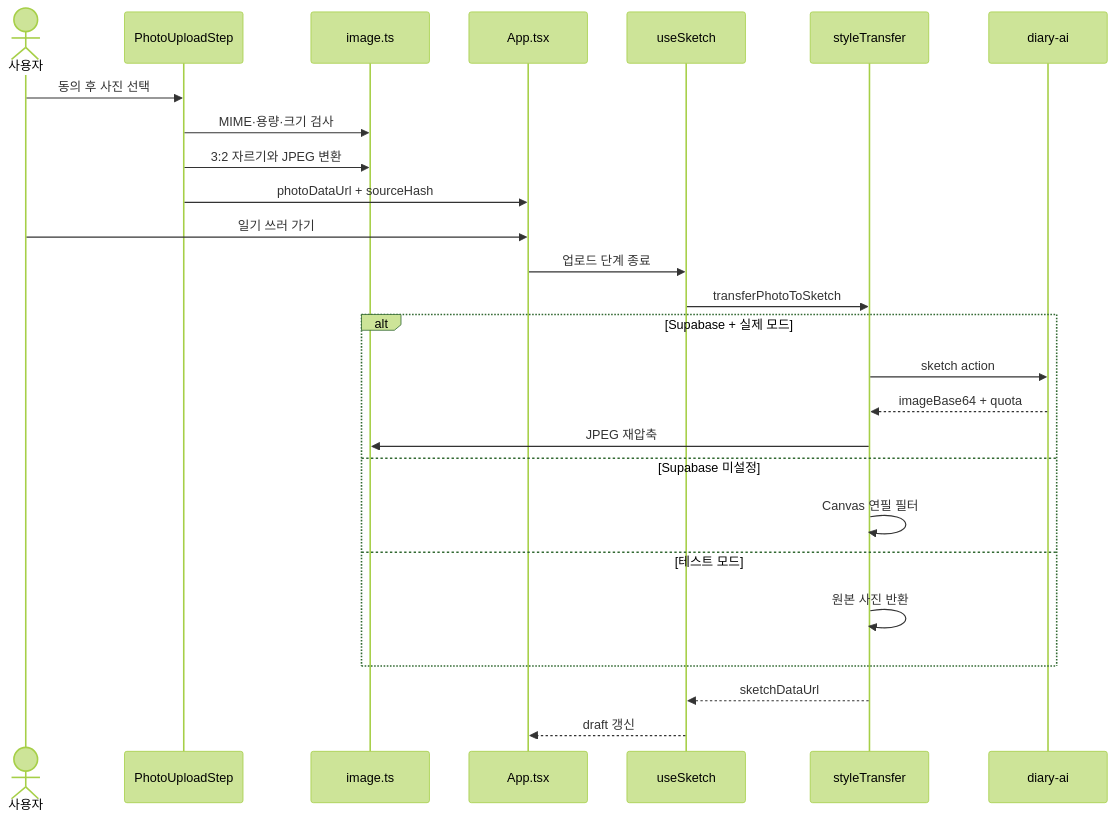
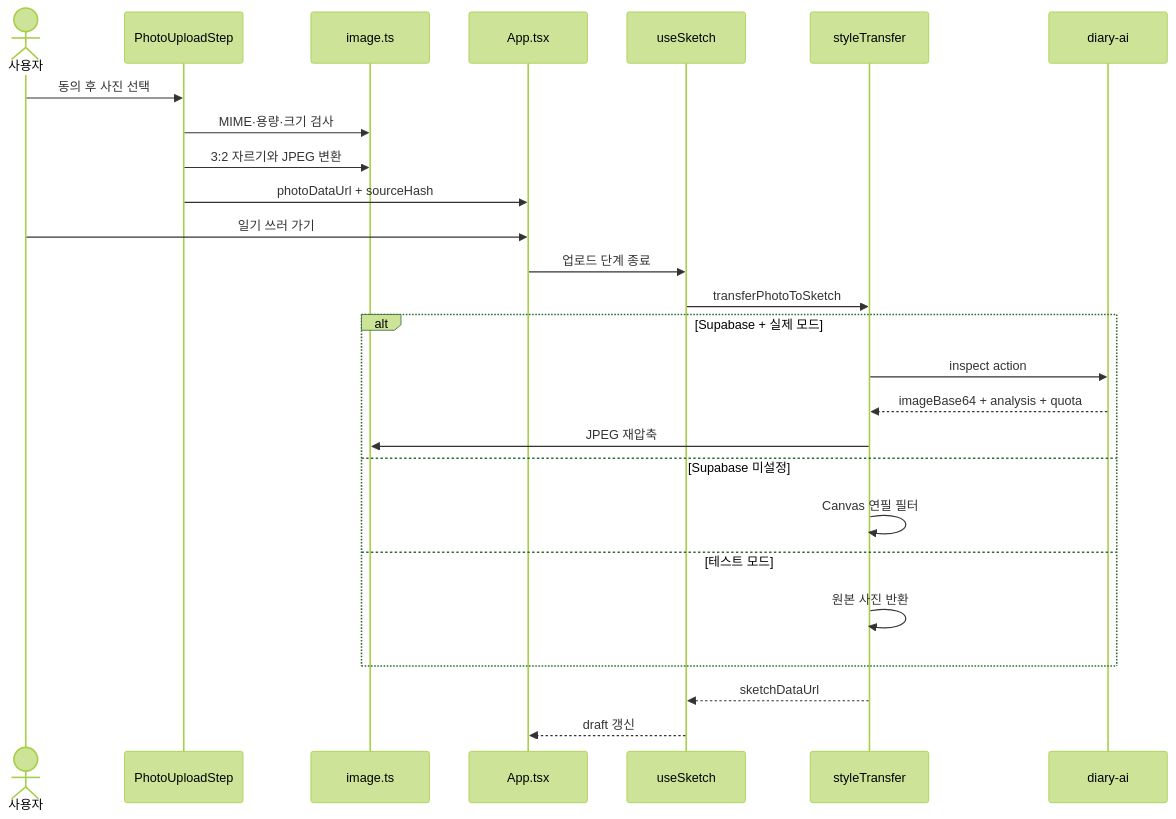
The second of 3 diagrams in docs/architecture.md (SummerVacationDiaryTMD/Summer_Vacation_Diary), drawn with Mermaid (forest theme) before and after one commit. The commit also changed other lines of this file and 4 other files, not shown here.

````diff
--- a/docs/architecture.md
+++ b/docs/architecture.md
@@ -107,29 +107,29 @@
 ```mermaid
 sequenceDiagram
     actor User as 사용자
     participant Upload as PhotoUploadStep
     participant Image as image.ts
     participant App as App.tsx
     participant Sketch as useSketch
     participant Service as styleTransfer
     participant Edge as diary-ai
 
     User->>Upload: 동의 후 사진 선택
     Upload->>Image: MIME·용량·크기 검사
     Upload->>Image: 3:2 자르기와 JPEG 변환
     Upload->>App: photoDataUrl + sourceHash
     User->>App: 일기 쓰러 가기
     App->>Sketch: 업로드 단계 종료
     Sketch->>Service: transferPhotoToSketch
     alt Supabase + 실제 모드
-        Service->>Edge: sketch action
-        Edge-->>Service: imageBase64 + quota
+        Service->>Edge: inspect action
+        Edge-->>Service: imageBase64 + analysis + quota
         Service->>Image: JPEG 재압축
     else Supabase 미설정
         Service->>Service: Canvas 연필 필터
     else 테스트 모드
         Service->>Service: 원본 사진 반환
     end
     Service-->>Sketch: sketchDataUrl
     Sketch-->>App: draft 갱신
 ```
````
